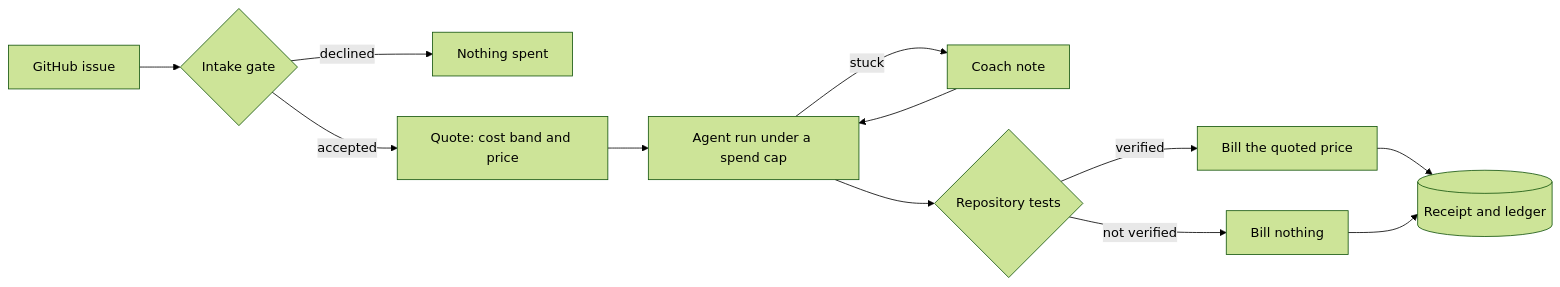
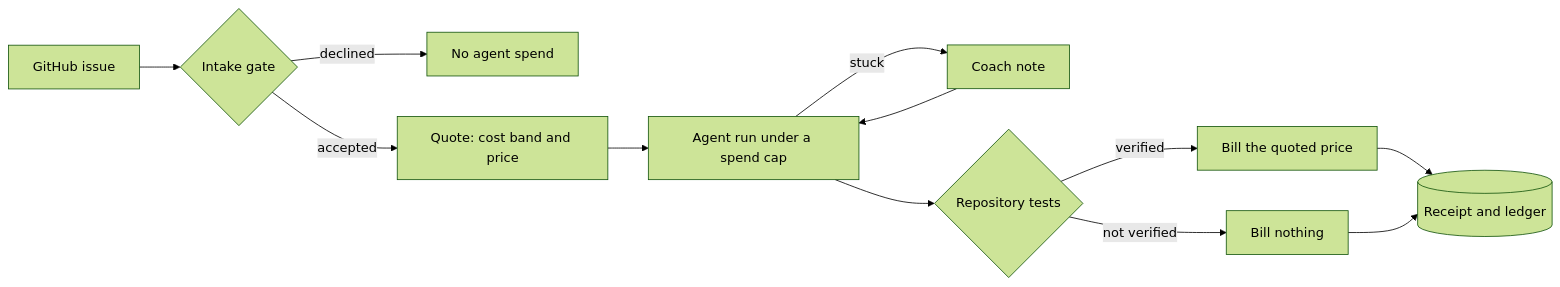
Before and after one commit to JemIIahh/margin: the diagram in README.md, drawn with Mermaid (forest theme). The commit also changed other lines of this file and 10 other files, not shown here.

````diff
--- a/README.md
+++ b/README.md
@@ -37,14 +37,14 @@
 ```mermaid
 flowchart LR
     I[GitHub issue] --> G{Intake gate}
-    G -- declined --> X[Nothing spent]
+    G -- declined --> X[No agent spend]
     G -- accepted --> Q[Quote: cost band and price]
     Q --> R[Agent run under a spend cap]
     R -- stuck --> C[Coach note]
     C --> R
     R --> V{Repository tests}
     V -- verified --> B[Bill the quoted price]
     V -- not verified --> N[Bill nothing]
     B --> L[(Receipt and ledger)]
     N --> L
 ```
````
